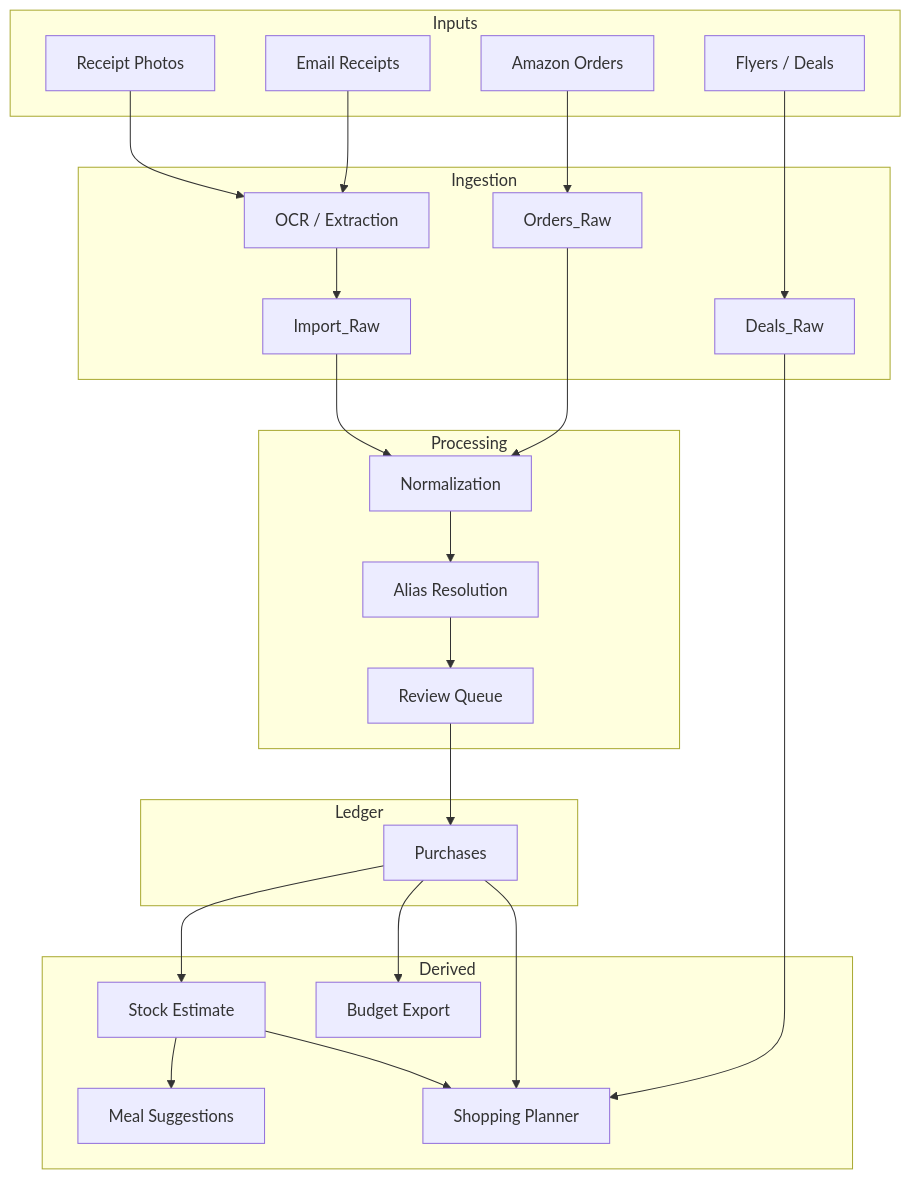
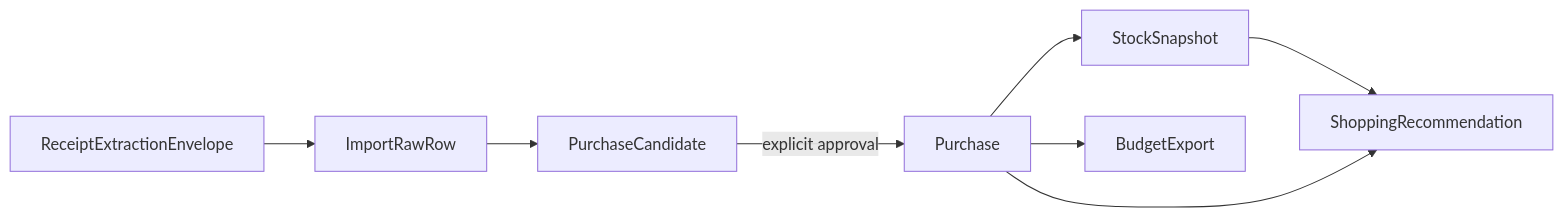
One commit to ryjen/shopping-inventory changed the third of 3 diagrams in docs/architecture.md. Above: the diagram before and after it, drawn with Mermaid. The commit also changed other lines of this file and 5 other files, not shown here.

First line of the commit message:
Reconcile architecture and roadmap with implemented substrate (#32)

````diff
--- a/docs/architecture.md
+++ b/docs/architecture.md
@@ -26,52 +86,18 @@
 ```mermaid
-flowchart TD
-  subgraph Inputs
-    A[Receipt Photos]
-    B[Email Receipts]
-    C[Amazon Orders]
-    D[Flyers / Deals]
-  end
+flowchart LR
+  E[ReceiptExtractionEnvelope]
+  R[ImportRawRow]
+  C[PurchaseCandidate]
+  P[Purchase]
+  S[StockSnapshot]
+  B[BudgetExport]
+  Rec[ShoppingRecommendation]
 
-  subgraph Ingestion
-    E[OCR / Extraction]
-    F[Import_Raw]
-    G[Orders_Raw]
-    H[Deals_Raw]
-  end
-
-  subgraph Processing
-    I[Normalization]
-    J[Alias Resolution]
-    K[Review Queue]
-  end
-
-  subgraph Ledger
-    L[Purchases]
-  end
-
-  subgraph Derived
-    M[Stock Estimate]
-    N[Budget Export]
-    O[Meal Suggestions]
-    P[Shopping Planner]
-  end
-
-  A --> E
-  B --> E
-  C --> G
-  D --> H
-
-  E --> F
-  F --> I
-  G --> I
-  I --> J
-  J --> K
-  K --> L
-
-  L --> M
-  L --> N
-  L --> P
-  M --> O
-  M --> P
-  H --> P
+  E --> R
+  R --> C
+  C -->|explicit approval| P
+  P --> S
+  P --> B
+  S --> Rec
+  P --> Rec
 ```
````
